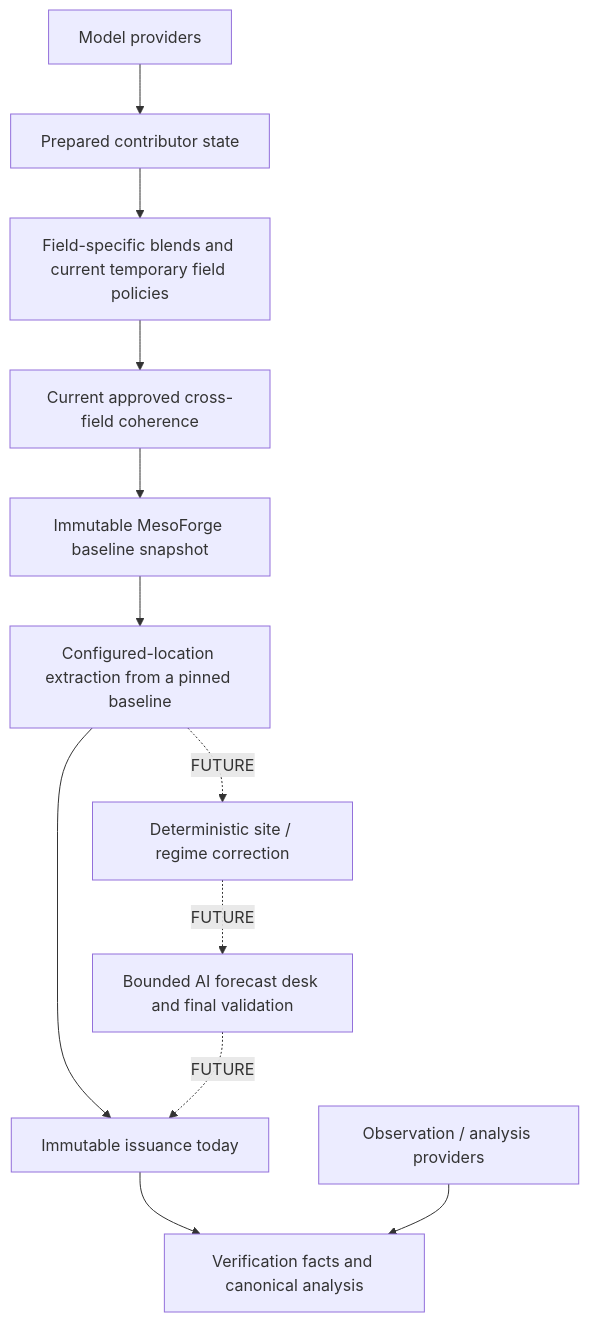
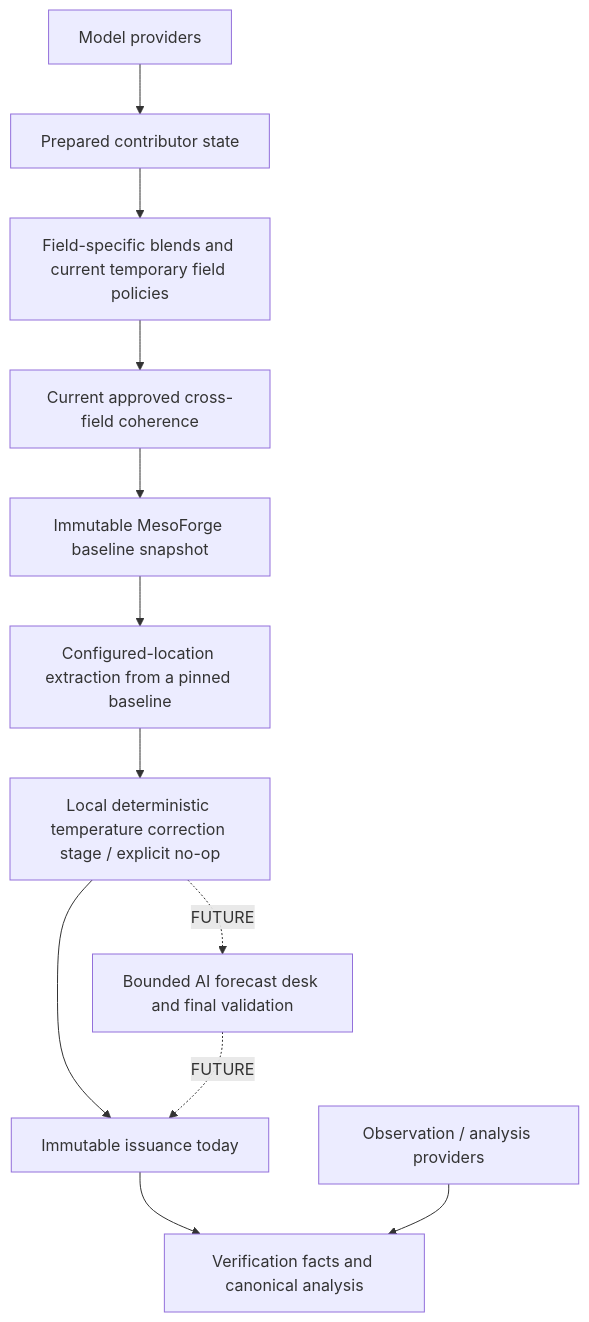
The first of 3 diagrams in ARCHITECTURE.md (Tony-Ingle/mesoforge), drawn with Mermaid before and after one commit. The commit also changed other lines of this file and 40 other files, not shown here.

````diff
--- a/ARCHITECTURE.md
+++ b/ARCHITECTURE.md
@@ -31,14 +31,14 @@
 ```mermaid
 flowchart TD
     P[Model providers] --> C[Prepared contributor state]
     C --> F[Field-specific blends and current temporary field policies]
     F --> H[Current approved cross-field coherence]
     H --> B[Immutable MesoForge baseline snapshot]
     B --> L[Configured-location extraction from a pinned baseline]
-    L -. FUTURE .-> S[Deterministic site / regime correction]
+    L --> S[Local deterministic temperature correction stage / explicit no-op]
     S -. FUTURE .-> A[Bounded AI forecast desk and final validation]
-    L --> I[Immutable issuance today]
+    S --> I[Immutable issuance today]
     A -. FUTURE .-> I
     I --> V[Verification facts and canonical analysis]
     O[Observation / analysis providers] --> V
 ```
````
